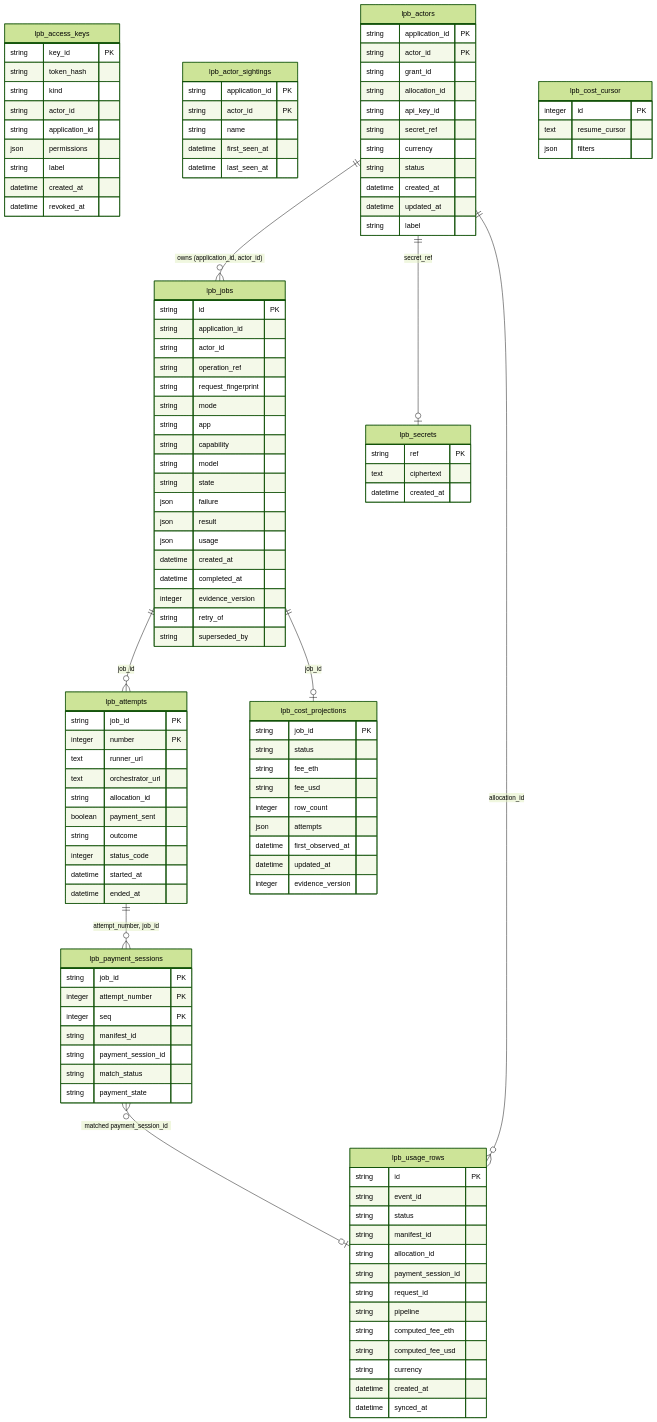
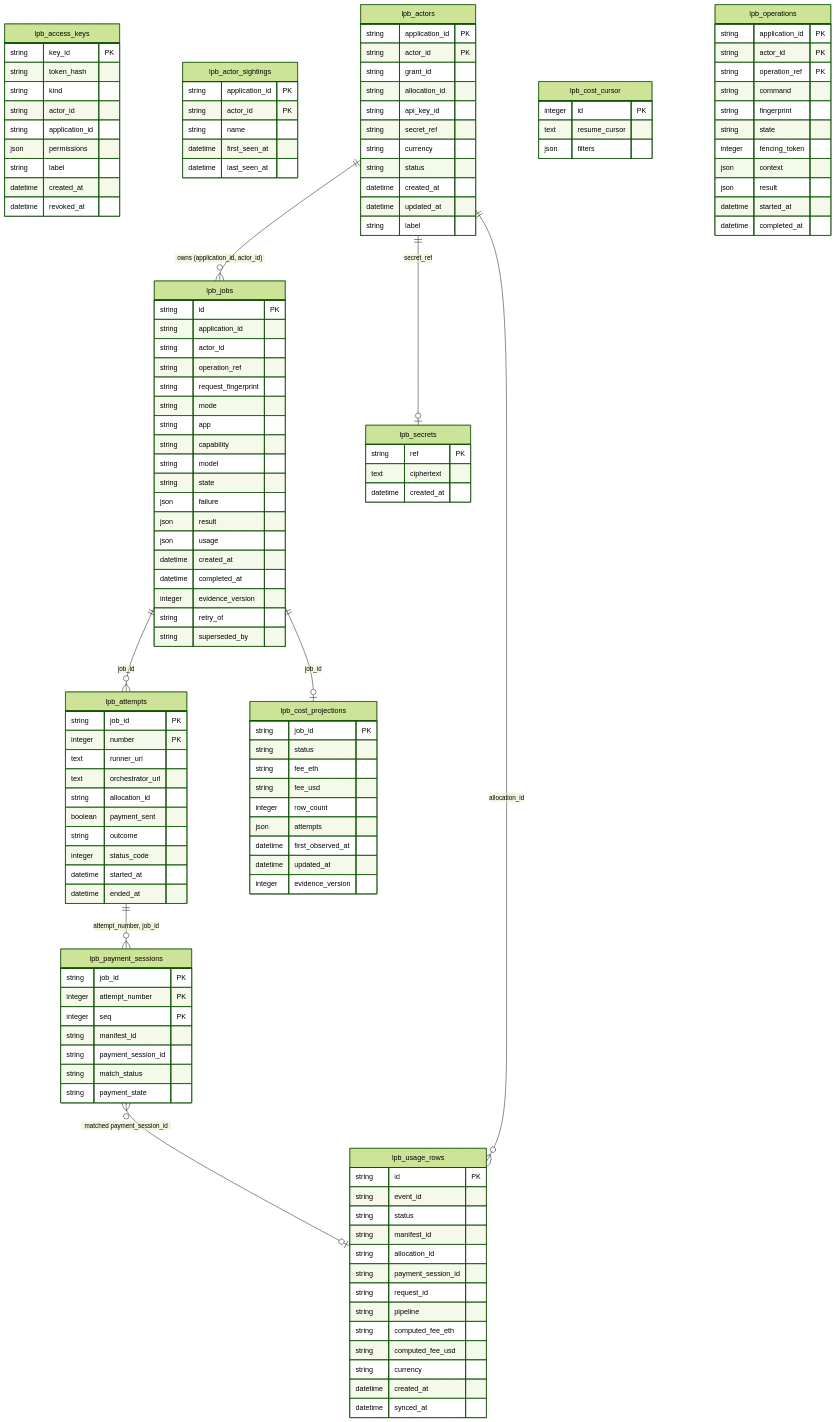
Before and after one commit to NE-Build-Track/livepeer-builder-core: the diagram in docs/generated/db-schema.md, drawn with Mermaid (forest theme). The commit also changed other lines of this file and 29 other files, not shown here.

```diff
--- a/docs/generated/db-schema.md
+++ b/docs/generated/db-schema.md
@@ -86,6 +86,19 @@
         string retry_of
         string superseded_by
     }
+    lpb_operations {
+        string application_id PK
+        string actor_id PK
+        string operation_ref PK
+        string command
+        string fingerprint
+        string state
+        integer fencing_token
+        json context
+        json result
+        datetime started_at
+        datetime completed_at
+    }
     lpb_payment_sessions {
         string job_id PK
         integer attempt_number PK
```
